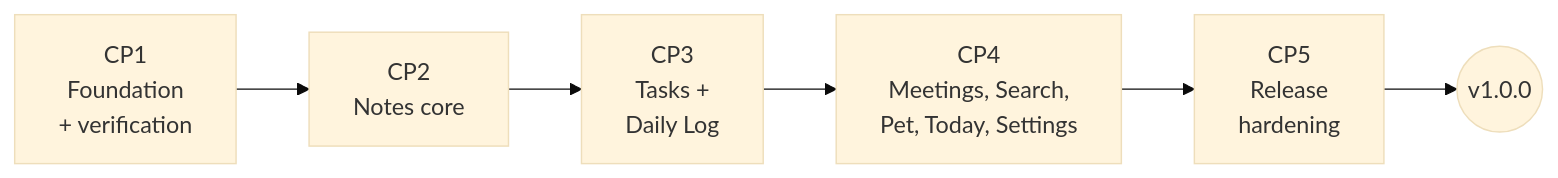
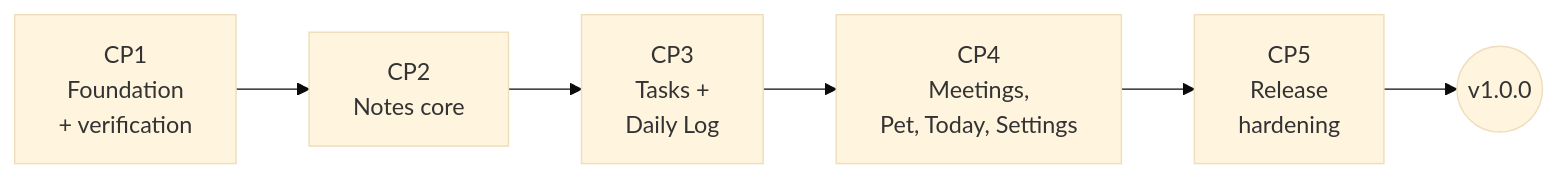
One commit to yokshith09/DESKTOP-PET changed the diagram in desktop-pet-docs/docs/06-plan/implementation-plan.md. Above: the diagram before and after it, drawn with Mermaid (base theme). The commit also changed other lines of this file and 29 other files, not shown here.

````diff
--- a/desktop-pet-docs/docs/06-plan/implementation-plan.md
+++ b/desktop-pet-docs/docs/06-plan/implementation-plan.md
@@ -30,8 +30,8 @@
 ```mermaid
 flowchart LR
     CP1[CP1\nFoundation\n+ verification] --> CP2[CP2\nNotes core]
     CP2 --> CP3[CP3\nTasks +\nDaily Log]
-    CP3 --> CP4[CP4\nMeetings, Search,\nPet, Today, Settings]
+    CP3 --> CP4[CP4\nMeetings,\nPet, Today, Settings]
     CP4 --> CP5[CP5\nRelease\nhardening]
     CP5 --> REL((v1.0.0))
 ```
````
